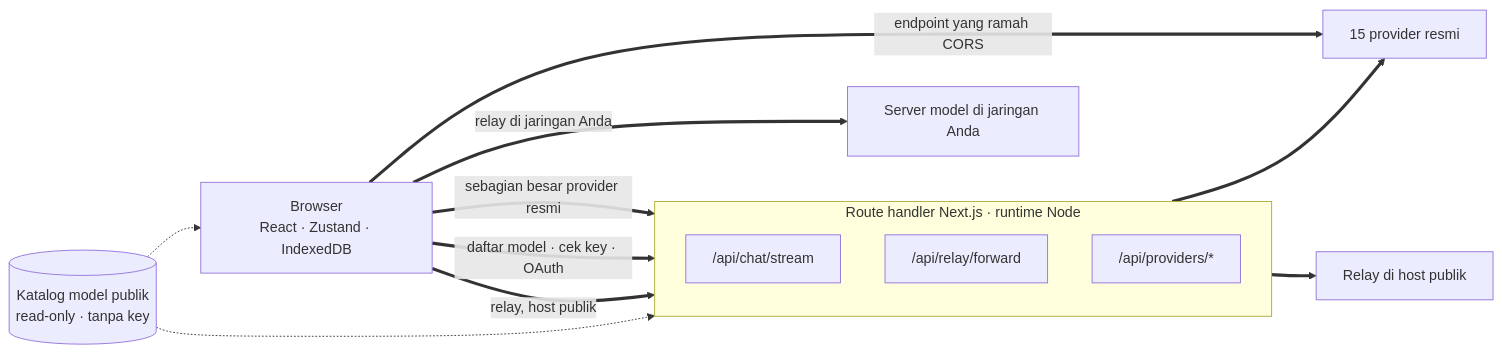
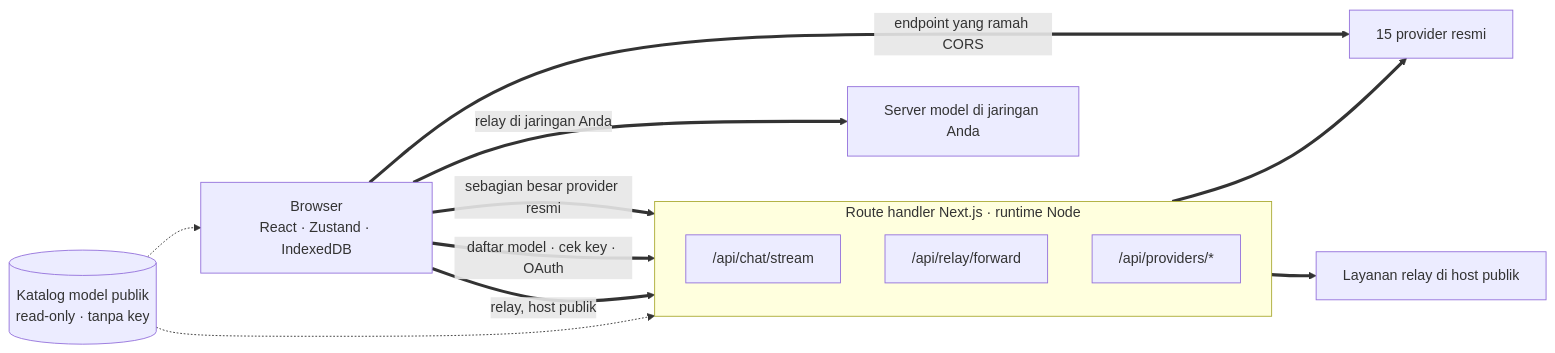
Before and after one commit to oriveo/oriveo: the first of 2 diagrams in readme_i18n/id/web.md, drawn with Mermaid. The commit also changed other lines of this file and 89 other files, not shown here.

````diff
--- a/readme_i18n/id/web.md
+++ b/readme_i18n/id/web.md
@@ -62,24 +63,24 @@
 ```mermaid
 flowchart LR
     browser["Browser<br/>React · Zustand · IndexedDB"]
 
     subgraph server ["Route handler Next.js · runtime Node"]
         direction TB
         chat["/api/chat/stream"]
         fwd["/api/relay/forward"]
         prov["/api/providers/*"]
     end
 
     official["15 provider resmi"]
-    pubrelay["Relay di host publik"]
+    pubrelay["Layanan relay di host publik"]
     lan["Server model di jaringan Anda"]
     catalog[("Katalog model publik<br/>read-only · tanpa key")]
 
     browser ==>|"sebagian besar provider resmi"| chat ==> official
     browser ==>|"daftar model · cek key · OAuth"| prov
     browser ==>|"relay, host publik"| fwd ==> pubrelay
     browser ==>|"relay di jaringan Anda"| lan
     browser ==>|"endpoint yang ramah CORS"| official
     catalog -.-> browser
     catalog -.-> chat
 ```
````
